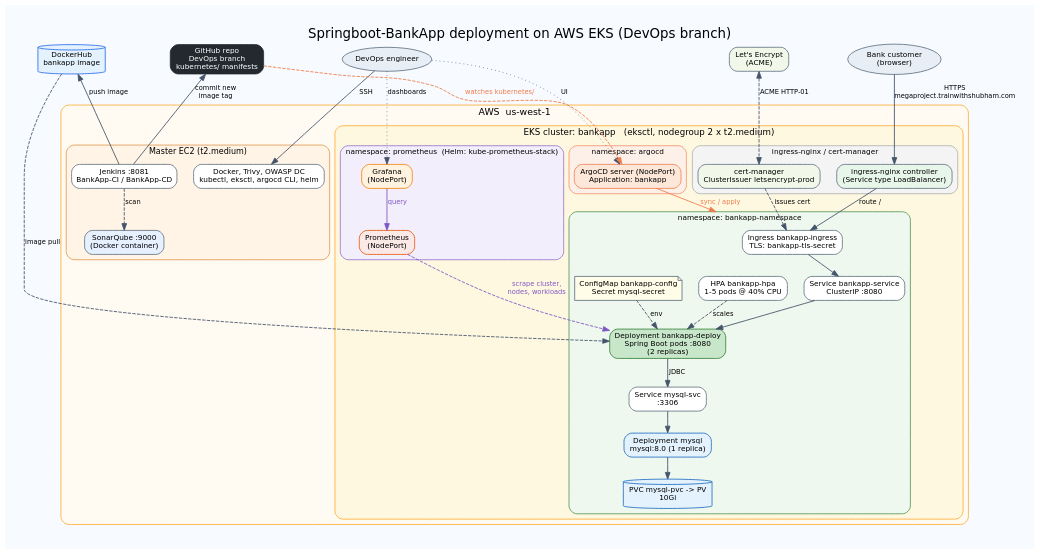
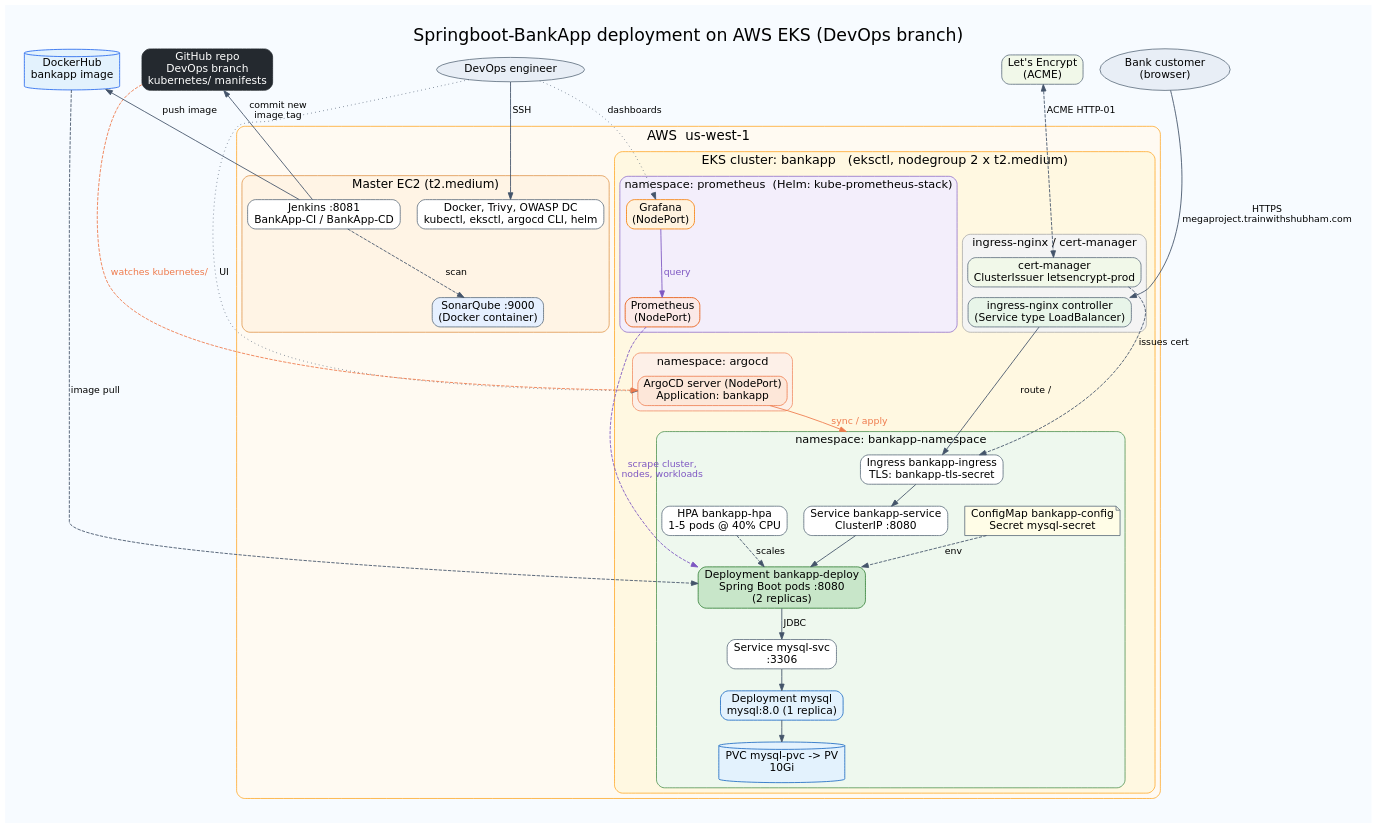
One commit to COG-GTM/Springboot-BankApp changed the diagram in docs/diagrams/eks-deployment.dot. Above: the diagram before and after it, drawn with Graphviz. The commit also changed 3 other files, not shown here.

Commit message:
docs feature: enlarge diagram labels for inline readability

```diff
--- a/docs/diagrams/eks-deployment.dot
+++ b/docs/diagrams/eks-deployment.dot
@@ -1,88 +1,90 @@
 // Runtime deployment on AWS EKS: kubernetes/ manifests synced by ArgoCD, monitoring via kube-prometheus-stack (Helm).
 // Render with docs/diagrams/render.sh (writes images/eks-deployment.png).
 digraph eks_deployment {
   graph [rankdir=TB, newrank=true, compound=true, fontname="DejaVu Sans", bgcolor="#f7fbff", pad=0.4, nodesep=0.35, ranksep=0.45,
-         label="Springboot-BankApp deployment on AWS EKS (DevOps branch)", labelloc=t, fontsize=20];
-  node  [fontname="DejaVu Sans", fontsize=11, shape=box, style="rounded,filled", fillcolor=white, color="#5b6b7b", penwidth=1.2];
-  edge  [fontname="DejaVu Sans", fontsize=10, color="#44546a", penwidth=1.3];
+         label="Springboot-BankApp deployment on AWS EKS (DevOps branch)", labelloc=t, fontsize=26];
+  node  [fontname="DejaVu Sans", fontsize=16, shape=box, style="rounded,filled", fillcolor=white, color="#5b6b7b", penwidth=1.2];
+  edge  [fontname="DejaVu Sans", fontsize=14, color="#44546a", penwidth=1.3];
 
   user  [label="Bank customer\n(browser)", shape=oval, fillcolor="#e8eef6"];
   admin [label="DevOps engineer", shape=oval, fillcolor="#e8eef6"];
 
   github    [label="GitHub repo\nDevOps branch\nkubernetes/ manifests", fillcolor="#24292f", fontcolor=white, color="#24292f"];
   dockerhub [label="DockerHub\nbankapp image", shape=cylinder, fillcolor="#e3f2fd", color="#1d63ed"];
   letsencrypt [label="Let's Encrypt\n(ACME)", fillcolor="#f1f8e9"];
 
   subgraph cluster_aws {
-    label="AWS  us-west-1"; style="rounded,filled"; fillcolor="#fffaf2"; color="#ff9900"; fontsize=14;
+    label="AWS  us-west-1"; style="rounded,filled"; fillcolor="#fffaf2"; color="#ff9900"; fontsize=20;
 
     subgraph cluster_master {
-      label="Master EC2 (t2.medium)"; style="rounded,filled"; fillcolor="#fff4e5"; color="#d9822b"; fontsize=12;
+      label="Master EC2 (t2.medium)"; style="rounded,filled"; fillcolor="#fff4e5"; color="#d9822b"; fontsize=18;
       jenkins [label="Jenkins :8081\nBankApp-CI / BankApp-CD", fillcolor=white];
       sonar   [label="SonarQube :9000\n(Docker container)", fillcolor="#e6f0ff"];
       tools   [label="Docker, Trivy, OWASP DC\nkubectl, eksctl, argocd CLI, helm", fillcolor=white];
     }
 
     subgraph cluster_eks {
-      label="EKS cluster: bankapp   (eksctl, nodegroup 2 x t2.medium)"; style="rounded,filled"; fillcolor="#fff8e1"; color="#ff9900"; fontsize=13;
+      label="EKS cluster: bankapp   (eksctl, nodegroup 2 x t2.medium)"; style="rounded,filled"; fillcolor="#fff8e1"; color="#ff9900"; fontsize=19;
 
       subgraph cluster_ingress_ns {
-        label="ingress-nginx / cert-manager"; style="rounded,filled"; fillcolor="#f4f4f4"; color="#9e9e9e"; fontsize=11;
+        label="ingress-nginx / cert-manager"; style="rounded,filled"; fillcolor="#f4f4f4"; color="#9e9e9e"; fontsize=17;
         lb      [label="ingress-nginx controller\n(Service type LoadBalancer)", fillcolor="#e8f5e9"];
         certmgr [label="cert-manager\nClusterIssuer letsencrypt-prod", fillcolor="#f1f8e9"];
       }
 
       subgraph cluster_argocd {
-        label="namespace: argocd"; style="rounded,filled"; fillcolor="#fdf0e8"; color="#ef7b4d"; fontsize=11;
+        label="namespace: argocd"; style="rounded,filled"; fillcolor="#fdf0e8"; color="#ef7b4d"; fontsize=17;
         argocd [label="ArgoCD server (NodePort)\nApplication: bankapp", fillcolor="#fde7d9", color="#ef7b4d"];
       }
 
       subgraph cluster_app {
-        label="namespace: bankapp-namespace"; style="rounded,filled"; fillcolor="#eef8ee"; color="#2e7d32"; fontsize=11;
+        label="namespace: bankapp-namespace"; style="rounded,filled"; fillcolor="#eef8ee"; color="#2e7d32"; fontsize=17;
         ingress [label="Ingress bankapp-ingress\nTLS: bankapp-tls-secret"];
         svc     [label="Service bankapp-service\nClusterIP :8080"];
         deploy  [label="Deployment bankapp-deploy\nSpring Boot pods :8080\n(2 replicas)", fillcolor="#c8e6c9", color="#2e7d32"];
         hpa     [label="HPA bankapp-hpa\n1-5 pods @ 40% CPU", fillcolor=white];
         config  [label="ConfigMap bankapp-config\nSecret mysql-secret", shape=note, fillcolor="#fffde7"];
         mysqlsvc [label="Service mysql-svc\n:3306"];
         mysql   [label="Deployment mysql\nmysql:8.0 (1 replica)", fillcolor="#e3f2fd", color="#1565c0"];
         pvc     [label="PVC mysql-pvc -> PV\n10Gi", shape=cylinder, fillcolor="#e3f2fd", color="#1565c0"];
       }
 
       subgraph cluster_mon {
-        label="namespace: prometheus  (Helm: kube-prometheus-stack)"; style="rounded,filled"; fillcolor="#f3eefb"; color="#7e57c2"; fontsize=11;
+        label="namespace: prometheus  (Helm: kube-prometheus-stack)"; style="rounded,filled"; fillcolor="#f3eefb"; color="#7e57c2"; fontsize=17;
         prom    [label="Prometheus\n(NodePort)", fillcolor="#fbe9e7", color="#e65100"];
         grafana [label="Grafana\n(NodePort)", fillcolor="#fff3e0", color="#f57c00"];
       }
     }
   }
 
   user -> lb [label=" HTTPS\n megaproject.trainwithshubham.com"];
   lb -> ingress [label=" route /"];
   ingress -> svc;
   svc -> deploy;
   hpa -> deploy [style=dashed, label=" scales"];
   config -> deploy [style=dashed, label=" env"];
   deploy -> mysqlsvc [label=" JDBC"];
   mysqlsvc -> mysql;
   mysql -> pvc;
   certmgr -> ingress [style=dashed, label=" issues cert"];
   letsencrypt -> certmgr [style=dashed, dir=both, label=" ACME HTTP-01"];
 
   github -> argocd [style=dashed, color="#ef7b4d", fontcolor="#ef7b4d", label=" watches kubernetes/"];
   argocd -> ingress [color="#ef7b4d", fontcolor="#ef7b4d", label=" sync / apply", lhead=cluster_app];
   dockerhub -> deploy [style=dashed, label=" image pull"];
 
   jenkins -> sonar [style=dashed, label=" scan"];
   dockerhub -> jenkins [dir=back, label=" push image"];
   github -> jenkins [dir=back, label=" commit new\n image tag"];
 
   prom -> deploy [constraint=false, style=dashed, color="#7e57c2", fontcolor="#7e57c2", label=" scrape cluster,\n nodes, workloads"];
   grafana -> prom [label=" query", color="#7e57c2", fontcolor="#7e57c2"];
 
   admin -> tools [label=" SSH"];
   admin -> argocd [style=dotted, label=" UI"];
   admin -> grafana [style=dotted, label=" dashboards"];
 
   { rank=same; dockerhub; github; admin; user; letsencrypt; }
+  // ordering hints that keep the layout compact
+  sonar -> argocd [style=invis]; tools -> lb [style=invis];
 }
```
